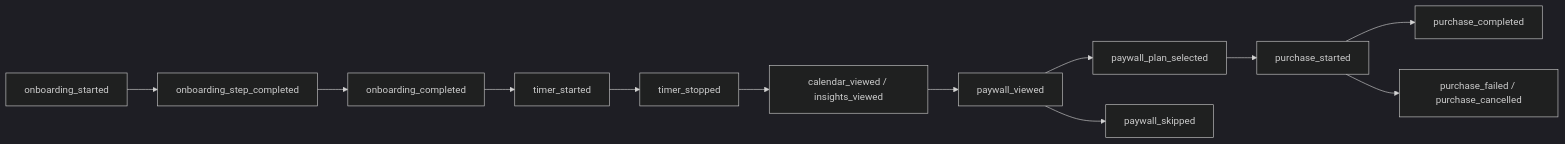
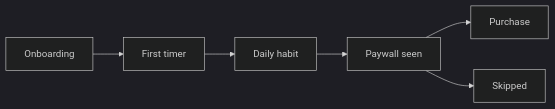
Before and after one commit to yuceugur/trackmyaligners-showcase: the diagram in README.md, drawn with Mermaid (dark theme).

Commit message:
Simplify the funnel diagram

````diff
--- a/README.md
+++ b/README.md
@@ -93,8 +93,6 @@
 ```mermaid
 flowchart LR
-    A[onboarding_started] --> B[onboarding_step_completed] --> C[onboarding_completed] --> D[timer_started]
-    D --> E[timer_stopped] --> F[calendar_viewed / insights_viewed]
-    F --> G[paywall_viewed] --> H[paywall_plan_selected] --> I[purchase_started] --> J[purchase_completed]
-    G --> K[paywall_skipped]
-    I --> L[purchase_failed / purchase_cancelled]
+    A[Onboarding] --> B[First timer] --> C[Daily habit] --> D[Paywall seen]
+    D --> E[Purchase]
+    D --> F[Skipped]
 ```
````
